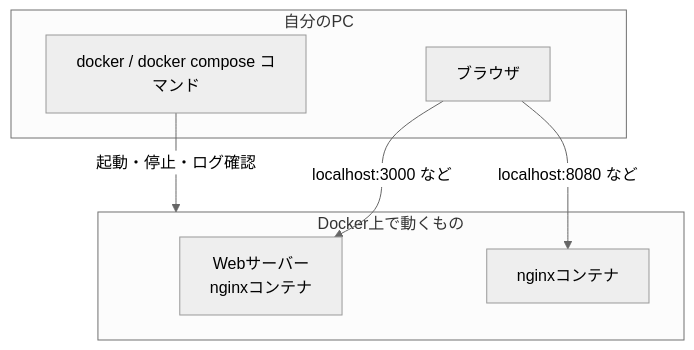
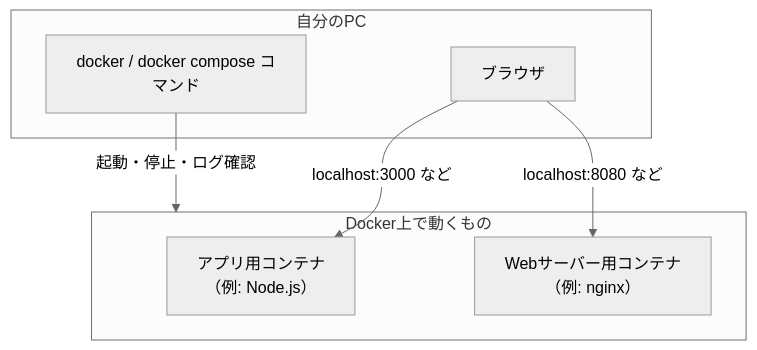
One commit to dik-ab/school-curriculum-platform changed the third of 4 diagrams in cloudflare-site/src/content/docs/docker/index.md. Above: the diagram before and after it, drawn with Mermaid (neutral theme). The commit also changed other lines of this file and 6 other files, not shown here.

First line of the commit message:
docs(docker): 全体図のnginx重複を修正、WSL方針を環境構築と統一

````diff
--- a/cloudflare-site/src/content/docs/docker/index.md
+++ b/cloudflare-site/src/content/docs/docker/index.md
@@ -74,14 +75,14 @@
 ```mermaid
 flowchart TB
     subgraph pc["自分のPC"]
         CLI["docker / docker compose コマンド"]
         Browser["ブラウザ"]
     end
     subgraph docker["Docker上で動くもの"]
-        App["Webサーバー<br>nginxコンテナ"]
-        Nginx["nginxコンテナ"]
+        App["アプリ用コンテナ<br>（例: Node.js）"]
+        Nginx["Webサーバー用コンテナ<br>（例: nginx）"]
     end
     CLI -->|"起動・停止・ログ確認"| docker
     Browser -->|"localhost:3000 など"| App
     Browser -->|"localhost:8080 など"| Nginx
 ```
````
